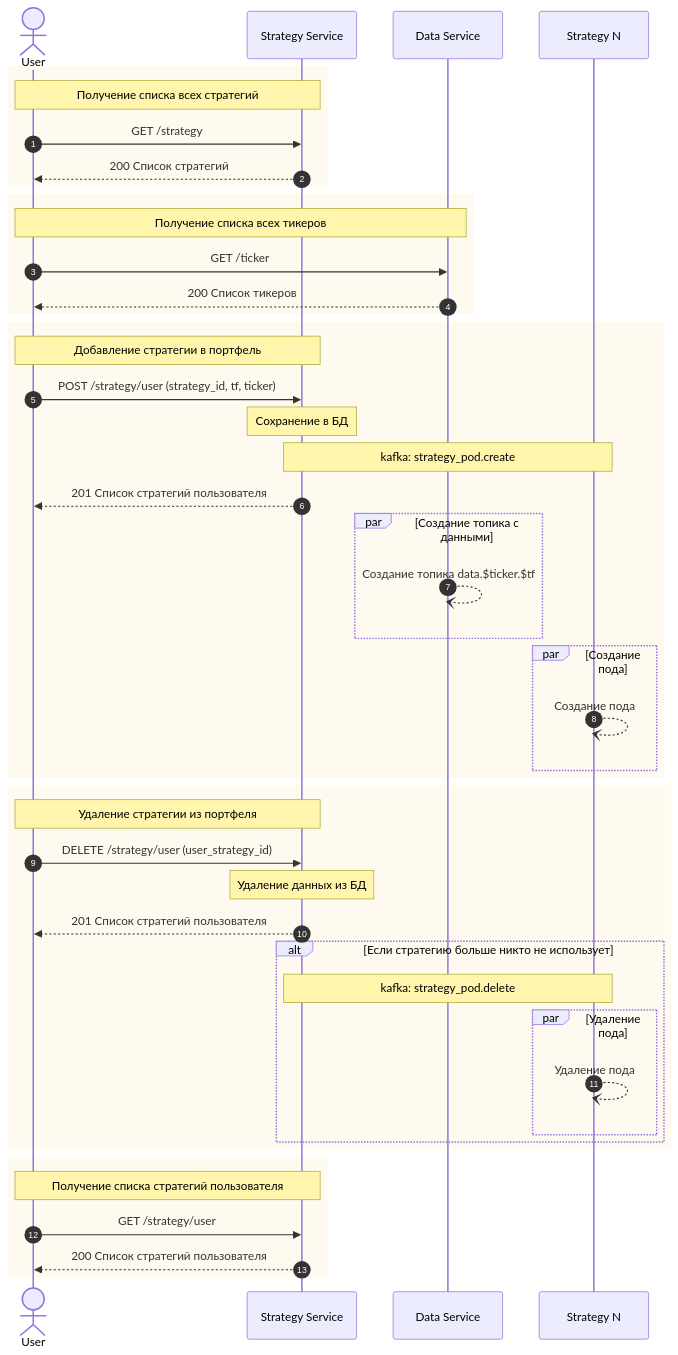
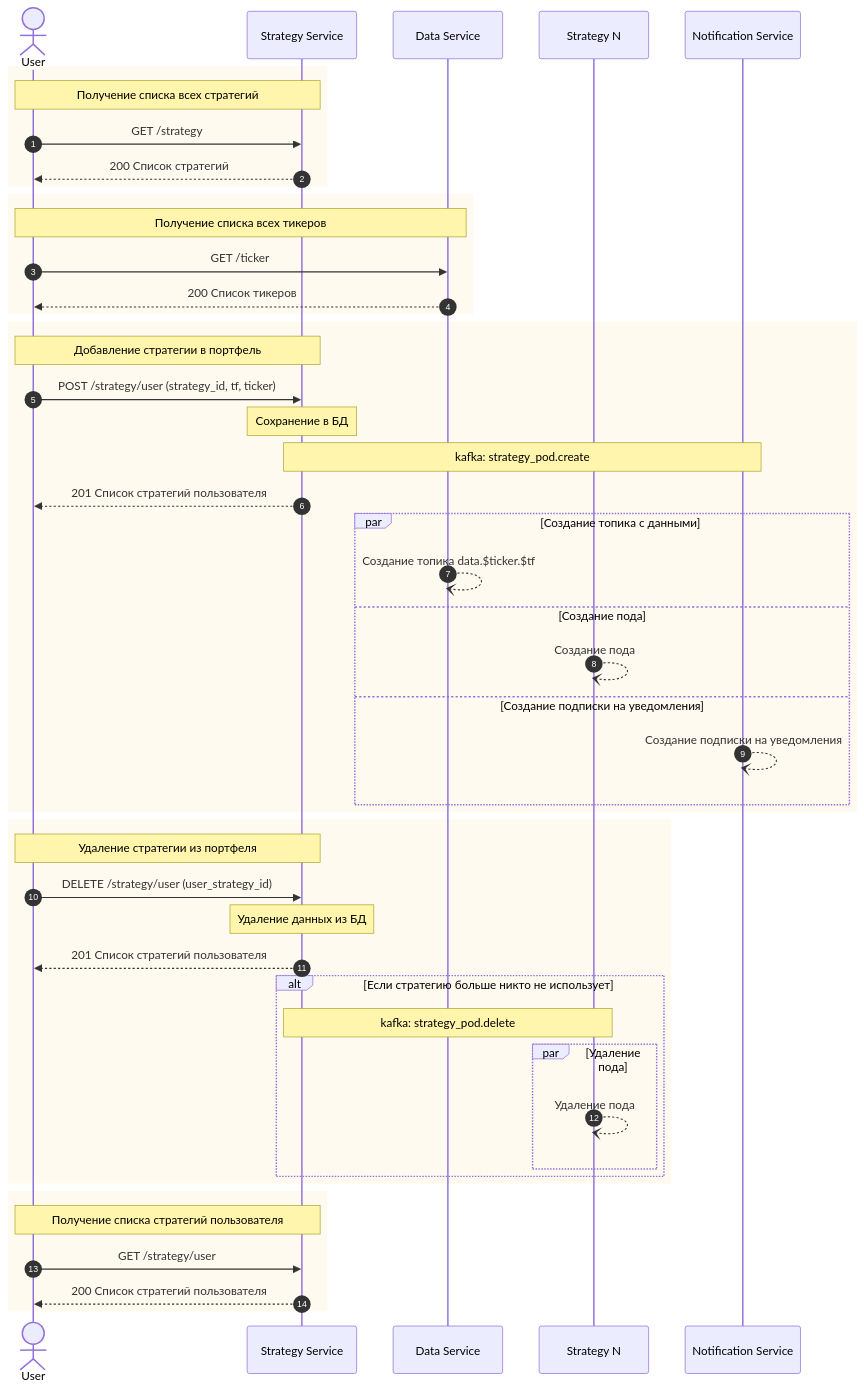
One commit to cianoid/otus-msa changed the diagram in docs/sequence-strategy.mermaid. Above: the diagram before and after it, drawn with Mermaid. The commit also changed 1 other file, not shown here.

```diff
--- a/docs/sequence-strategy.mermaid
+++ b/docs/sequence-strategy.mermaid
@@ -1,56 +1,58 @@
 sequenceDiagram
     autonumber
     actor User
     participant StrategyApp as Strategy Service
     participant data as Data Service
     participant pod1 as Strategy N
+    participant notify as Notification Service
 
     rect rgb(255, 250, 240)
         Note over User, StrategyApp: Получение списка всех стратегий
 
         User->>StrategyApp: GET /strategy
         StrategyApp-->>User: 200 Список стратегий
     end
 
     rect rgb(255, 250, 240)
         Note over User, data: Получение списка всех тикеров
 
         User->>data: GET /ticker
         data-->>User: 200 Список тикеров
     end
 
     rect rgb(255, 250, 240)
         Note over User, StrategyApp: Добавление стратегии в портфель
 
         User->>StrategyApp: POST /strategy/user (strategy_id, tf, ticker)
         Note over StrategyApp: Сохранение в БД
-        Note over StrategyApp, pod1: kafka: strategy_pod.create
+        Note over StrategyApp, notify: kafka: strategy_pod.create
         StrategyApp-->>User: 201 Список стратегий пользователя
         par Создание топика с данными
             data--)data: Создание топика data.$ticker.$tf
-        end
-        par Создание пода
+        and Создание пода
             pod1--)pod1: Создание пода
+        and Создание подписки на уведомления
+            notify--)notify: Создание подписки на уведомления
         end
     end
 
     rect rgb(255, 250, 240)
         Note over User, StrategyApp: Удаление стратегии из портфеля
 
         User->>StrategyApp: DELETE /strategy/user (user_strategy_id)
         Note over StrategyApp: Удаление данных из БД
         StrategyApp-->>User: 201 Список стратегий пользователя
         alt Если стратегию больше никто не использует
             Note over StrategyApp, pod1: kafka: strategy_pod.delete
             par Удаление пода
                 pod1--)pod1: Удаление пода
             end
         end
     end
 
     rect rgb(255, 250, 240)
         Note over User, StrategyApp: Получение списка стратегий пользователя
 
         User->>StrategyApp: GET /strategy/user
         StrategyApp-->>User: 200 Список стратегий пользователя
     end
```
